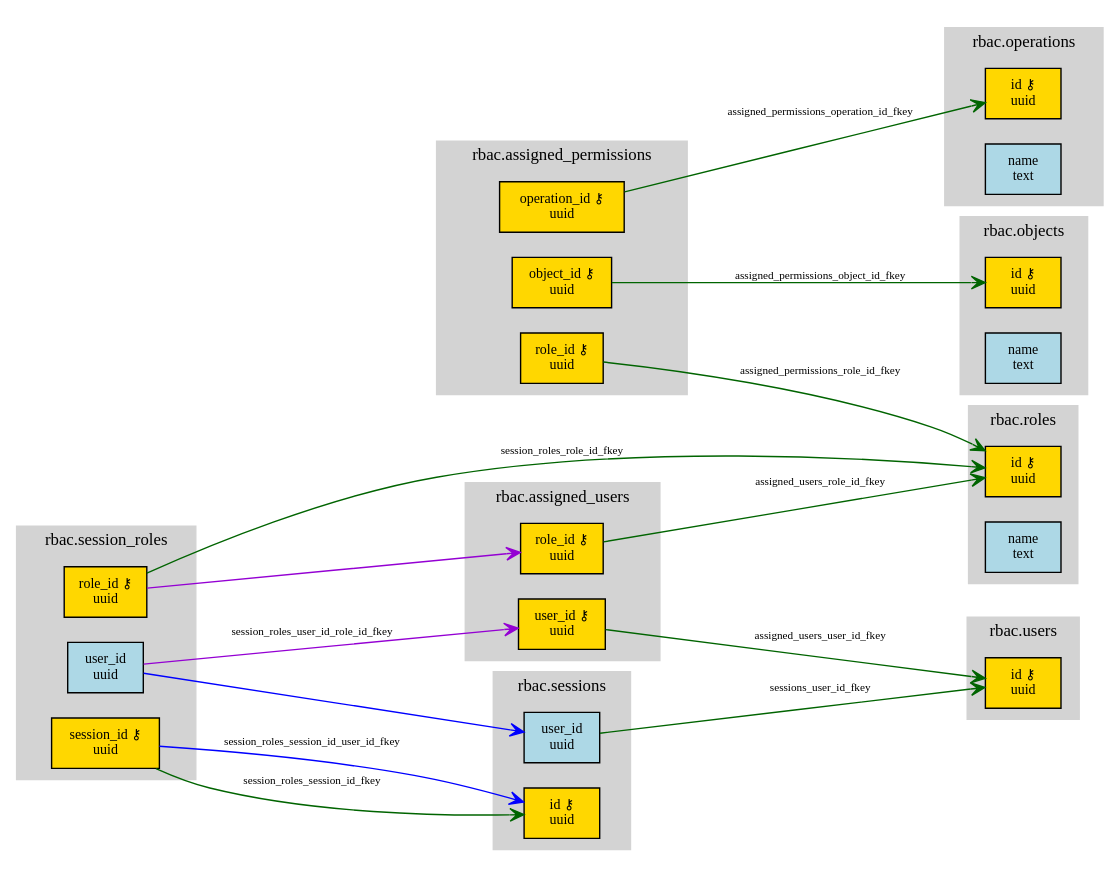
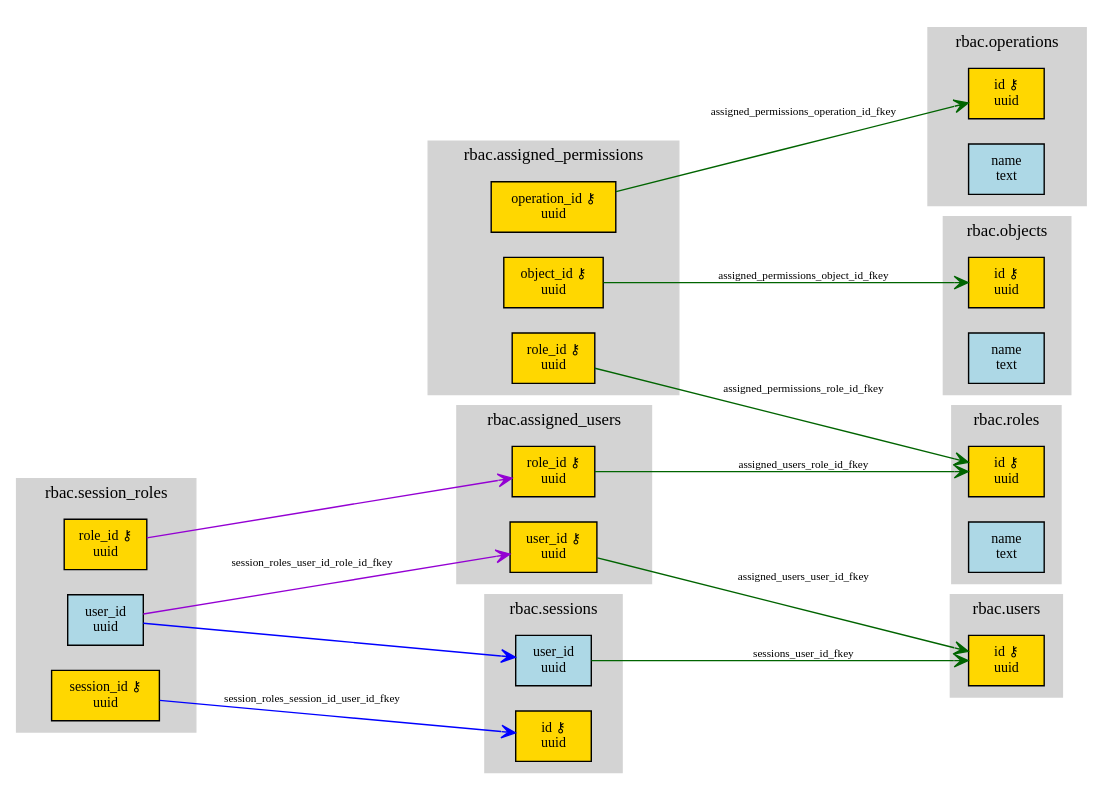
One commit to pitorg/pg-rbac changed the diagram in schema_diagram.dot. Above: the diagram before and after it, drawn with Graphviz. The commit also changed 3 other files, not shown here.

```diff
--- a/schema_diagram.dot
+++ b/schema_diagram.dot
@@ -1,108 +1,106 @@
 digraph DatabaseSchema {
     rankdir=LR;
     compound=true;
     node [shape=box, style=filled, fillcolor=lightblue, fontsize=10];
     edge [color=darkgreen, arrowhead=vee, fontsize=8];
     
     // Table clusters with column nodes
 
     subgraph cluster_rbac_assigned_permissions {
         label="rbac.assigned_permissions";
         style=filled;
         color=lightgrey;
         fontsize=12;
         
         "rbac.assigned_permissions.operation_id" [label="operation_id ⚷\nuuid", fillcolor=gold];
         "rbac.assigned_permissions.object_id" [label="object_id ⚷\nuuid", fillcolor=gold];
         "rbac.assigned_permissions.role_id" [label="role_id ⚷\nuuid", fillcolor=gold];
     }
 
     subgraph cluster_rbac_assigned_users {
         label="rbac.assigned_users";
         style=filled;
         color=lightgrey;
         fontsize=12;
         
         "rbac.assigned_users.user_id" [label="user_id ⚷\nuuid", fillcolor=gold];
         "rbac.assigned_users.role_id" [label="role_id ⚷\nuuid", fillcolor=gold];
     }
 
     subgraph cluster_rbac_objects {
         label="rbac.objects";
         style=filled;
         color=lightgrey;
         fontsize=12;
         
         "rbac.objects.id" [label="id ⚷\nuuid", fillcolor=gold];
         "rbac.objects.name" [label="name\ntext"];
     }
 
     subgraph cluster_rbac_operations {
         label="rbac.operations";
         style=filled;
         color=lightgrey;
         fontsize=12;
         
         "rbac.operations.id" [label="id ⚷\nuuid", fillcolor=gold];
         "rbac.operations.name" [label="name\ntext"];
     }
 
     subgraph cluster_rbac_roles {
         label="rbac.roles";
         style=filled;
         color=lightgrey;
         fontsize=12;
         
         "rbac.roles.id" [label="id ⚷\nuuid", fillcolor=gold];
         "rbac.roles.name" [label="name\ntext"];
     }
 
     subgraph cluster_rbac_session_roles {
         label="rbac.session_roles";
         style=filled;
         color=lightgrey;
         fontsize=12;
         
         "rbac.session_roles.session_id" [label="session_id ⚷\nuuid", fillcolor=gold];
         "rbac.session_roles.user_id" [label="user_id\nuuid"];
         "rbac.session_roles.role_id" [label="role_id ⚷\nuuid", fillcolor=gold];
     }
 
     subgraph cluster_rbac_sessions {
         label="rbac.sessions";
         style=filled;
         color=lightgrey;
         fontsize=12;
         
         "rbac.sessions.id" [label="id ⚷\nuuid", fillcolor=gold];
         "rbac.sessions.user_id" [label="user_id\nuuid"];
     }
 
     subgraph cluster_rbac_users {
         label="rbac.users";
         style=filled;
         color=lightgrey;
         fontsize=12;
         
         "rbac.users.id" [label="id ⚷\nuuid", fillcolor=gold];
     }
 
     
     // Foreign Key Relationships
 
     "rbac.assigned_permissions.object_id" -> "rbac.objects.id" [label="assigned_permissions_object_id_fkey"];
     "rbac.assigned_permissions.operation_id" -> "rbac.operations.id" [label="assigned_permissions_operation_id_fkey"];
     "rbac.assigned_permissions.role_id" -> "rbac.roles.id" [label="assigned_permissions_role_id_fkey"];
     "rbac.assigned_users.role_id" -> "rbac.roles.id" [label="assigned_users_role_id_fkey"];
     "rbac.assigned_users.user_id" -> "rbac.users.id" [label="assigned_users_user_id_fkey"];
-    "rbac.session_roles.role_id" -> "rbac.roles.id" [label="session_roles_role_id_fkey"];
-    "rbac.session_roles.session_id" -> "rbac.sessions.id" [label="session_roles_session_id_fkey"];
     // Composite FK: session_roles_session_id_user_id_fkey (session_id,user_id -> id,user_id, color: blue)
     "rbac.session_roles.session_id" -> "rbac.sessions.id" [color="blue", label="session_roles_session_id_user_id_fkey"];
     "rbac.session_roles.user_id" -> "rbac.sessions.user_id" [color="blue", label=""];
     // Composite FK: session_roles_user_id_role_id_fkey (user_id,role_id -> user_id,role_id, color: darkviolet)
     "rbac.session_roles.user_id" -> "rbac.assigned_users.user_id" [color="darkviolet", label="session_roles_user_id_role_id_fkey"];
     "rbac.session_roles.role_id" -> "rbac.assigned_users.role_id" [color="darkviolet", label=""];
     "rbac.sessions.user_id" -> "rbac.users.id" [label="sessions_user_id_fkey"];
 
 }
```
